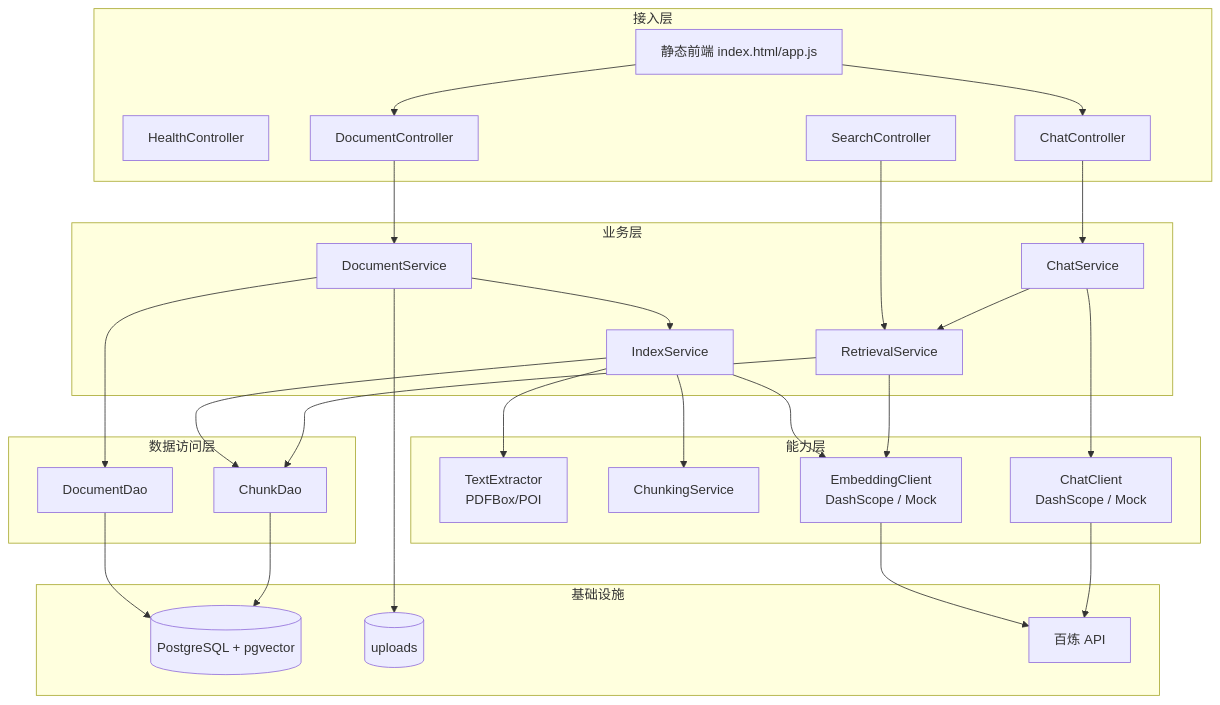
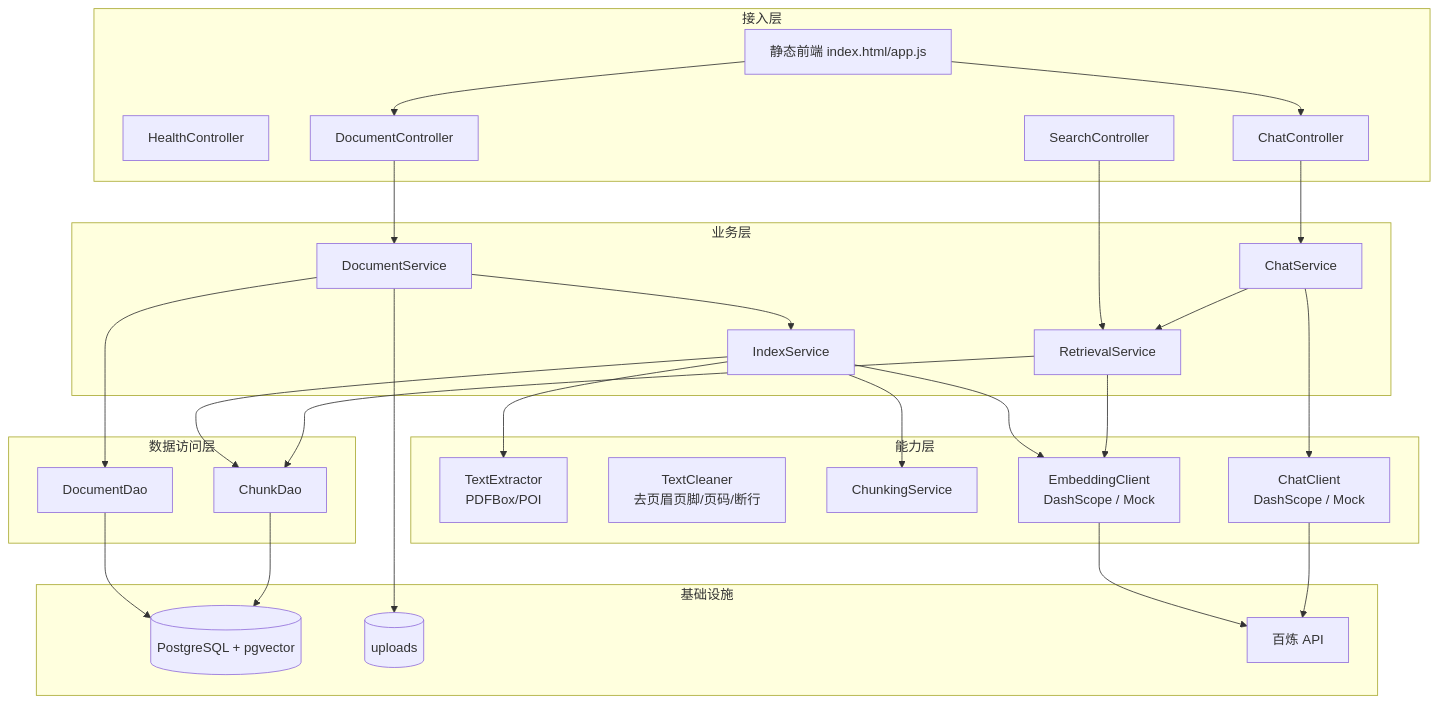
The second of 6 diagrams in docs/architecture.md (Kagtro/AI-RAG_training), drawn with Mermaid before and after one commit. The commit also changed other lines of this file and 1 other file, not shown here.

````diff
--- a/docs/architecture.md
+++ b/docs/architecture.md
@@ -57,56 +57,57 @@
 ```mermaid
 flowchart TB
     subgraph 接入层
         C1[HealthController]
         C2[DocumentController]
         C3[SearchController]
         C4[ChatController]
         FE[静态前端 index.html/app.js]
     end
 
     subgraph 业务层
         S1[DocumentService]
         S2[IndexService]
         S3[RetrievalService]
         S4[ChatService]
     end
 
     subgraph 能力层
         P[TextExtractor<br/>PDFBox/POI]
+        CL[TextCleaner<br/>去页眉页脚/页码/断行]
         CH[ChunkingService]
         EMB[EmbeddingClient<br/>DashScope / Mock]
         LLM[ChatClient<br/>DashScope / Mock]
     end
 
     subgraph 数据访问层
         D1[DocumentDao]
         D2[ChunkDao]
     end
 
     subgraph 基础设施
         PG[(PostgreSQL + pgvector)]
         FS[(uploads)]
         DS[百炼 API]
     end
 
     FE --> C2
     FE --> C4
     C2 --> S1
     S1 --> D1
     S1 --> S2
     S2 --> P
     S2 --> CH
     S2 --> EMB
     S2 --> D2
     C3 --> S3
     S3 --> EMB
     S3 --> D2
     C4 --> S4
     S4 --> S3
     S4 --> LLM
     D1 --> PG
     D2 --> PG
     S1 --> FS
     EMB --> DS
     LLM --> DS
 ```
````
